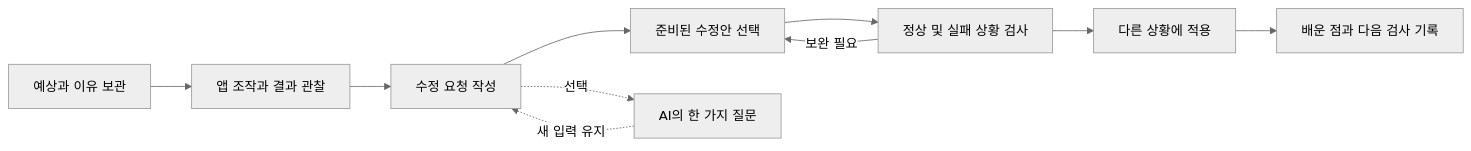
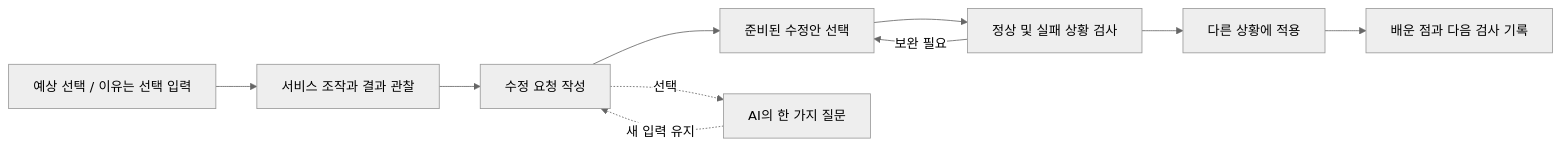
The first of 2 diagrams in docs/beginner-training.md (kwakhyun/codefit), drawn with Mermaid (neutral theme) before and after one commit. The commit also changed other lines of this file and 251 other files, not shown here.

````diff
--- a/docs/beginner-training.md
+++ b/docs/beginner-training.md
@@ -25,12 +25,12 @@
 ```mermaid
 flowchart LR
-  P[예상과 이유 보관] --> O[앱 조작과 결과 관찰]
+  P[예상 선택 / 이유는 선택 입력] --> O[서비스 조작과 결과 관찰]
   O --> R[수정 요청 작성]
   R --> F[준비된 수정안 선택]
   F --> V[정상 및 실패 상황 검사]
   V -->|보완 필요| F
   V --> T[다른 상황에 적용]
   T --> D[배운 점과 다음 검사 기록]
   R -. 선택 .-> C[AI의 한 가지 질문]
   C -. 새 입력 유지 .-> R
 ```
````
